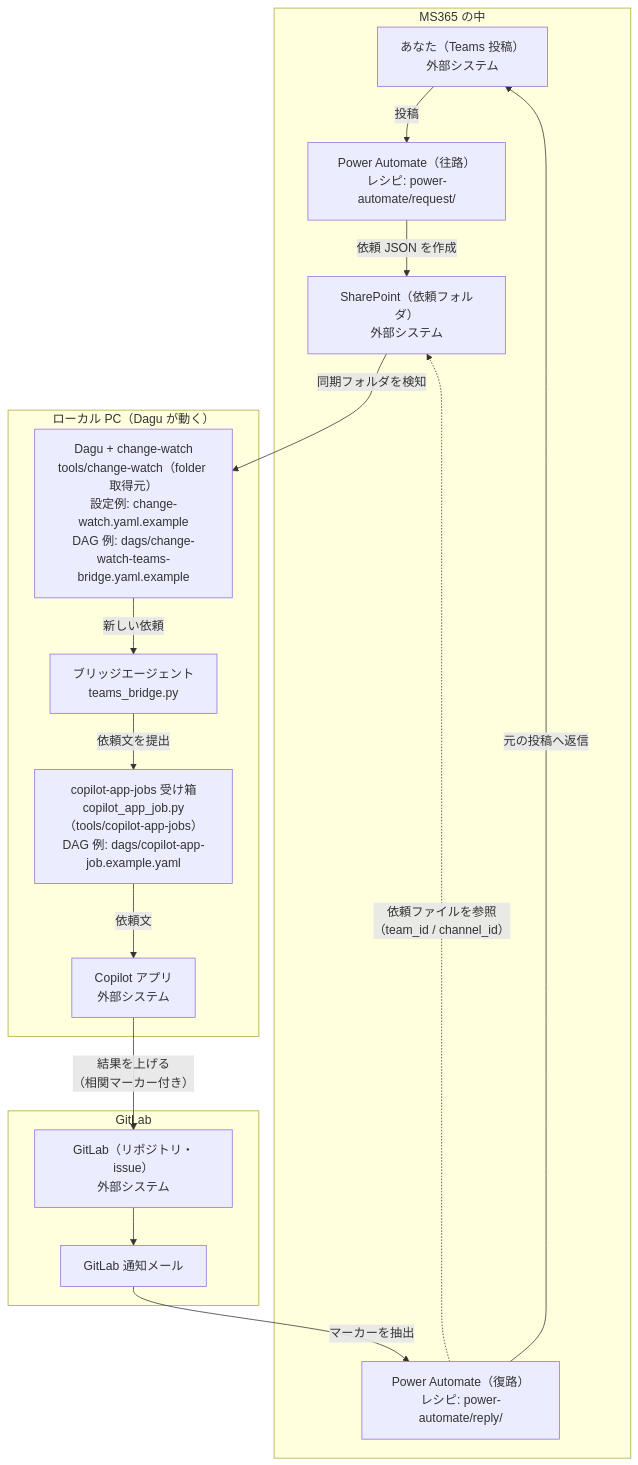
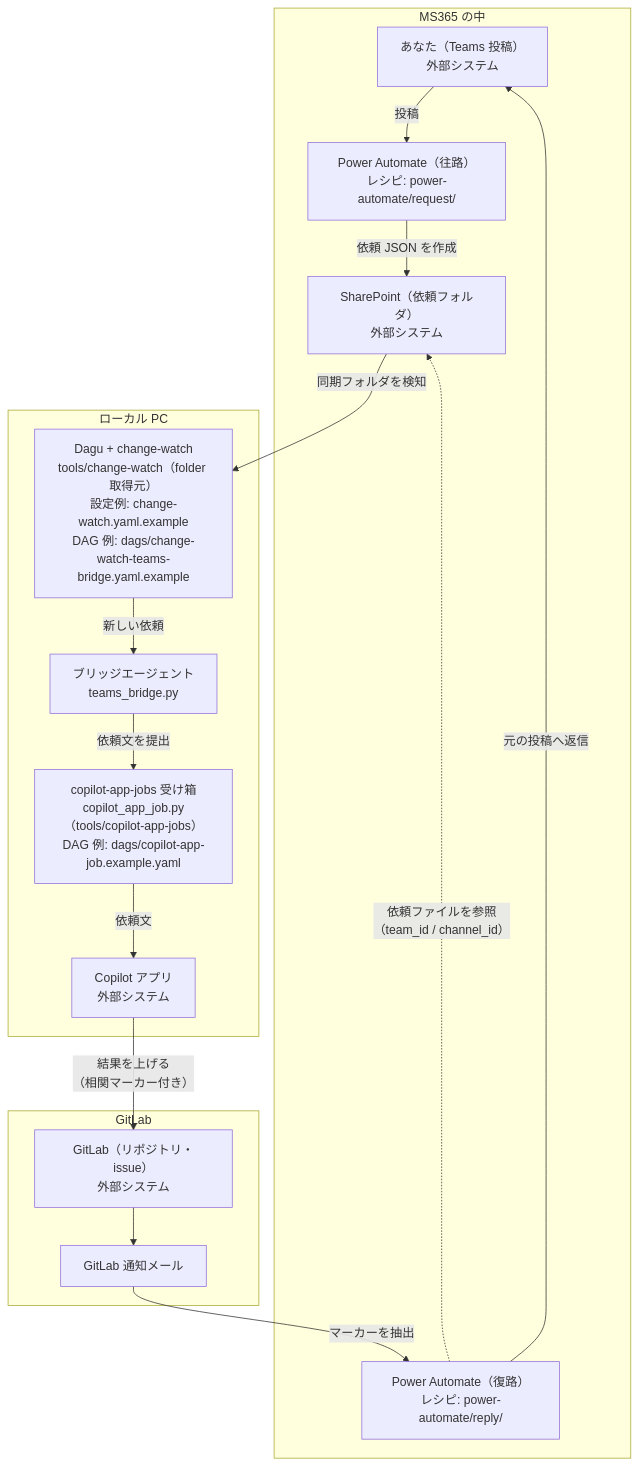
One commit to ynitto/sandbox changed the diagram in docs/plans/2026-11-23-teams-sharepoint-bridge-design.md. Above: the diagram before and after it, drawn with Mermaid. The commit also changed other lines of this file, not shown here.

Commit message:
docs: Cursorレビュー指摘の修正（図下の注釈の係り先、動く場所列の統一、subgraph名、ブリッジ行のDAG例をファイル名に）

````diff
--- a/docs/plans/2026-11-23-teams-sharepoint-bridge-design.md
+++ b/docs/plans/2026-11-23-teams-sharepoint-bridge-design.md
@@ -23,31 +23,31 @@
 ```mermaid
 flowchart TB
     subgraph ms365["MS365 の中"]
         teams["あなた（Teams 投稿）<br/>外部システム"]
         outbound["Power Automate（往路）<br/>レシピ: power-automate/request/"]
         sharepoint["SharePoint（依頼フォルダ）<br/>外部システム"]
         inbound["Power Automate（復路）<br/>レシピ: power-automate/reply/"]
     end
-    subgraph localpc["ローカル PC（Dagu が動く）"]
+    subgraph localpc["ローカル PC"]
         dagu["Dagu + change-watch<br/>tools/change-watch（folder 取得元）<br/>設定例: change-watch.yaml.example<br/>DAG 例: dags/change-watch-teams-bridge.yaml.example"]
         bridge["ブリッジエージェント<br/>teams_bridge.py"]
         inbox["copilot-app-jobs 受け箱<br/>copilot_app_job.py（tools/copilot-app-jobs）<br/>DAG 例: dags/copilot-app-job.example.yaml"]
         copilot["Copilot アプリ<br/>外部システム"]
     end
     subgraph gitlabg["GitLab"]
         gitlab["GitLab（リポジトリ・issue）<br/>外部システム"]
         mail["GitLab 通知メール"]
     end
 
     teams -->|"投稿"| outbound
     outbound -->|"依頼 JSON を作成"| sharepoint
     sharepoint -->|"同期フォルダを検知"| dagu
     dagu -->|"新しい依頼"| bridge
     bridge -->|"依頼文を提出"| inbox
     inbox -->|"依頼文"| copilot
     copilot -->|"結果を上げる<br/>（相関マーカー付き）"| gitlab
     gitlab --> mail
     mail -->|"マーカーを抽出"| inbound
     inbound -.->|"依頼ファイルを参照<br/>（team_id / channel_id）"| sharepoint
     inbound -->|"元の投稿へ返信"| teams
 ```
````
